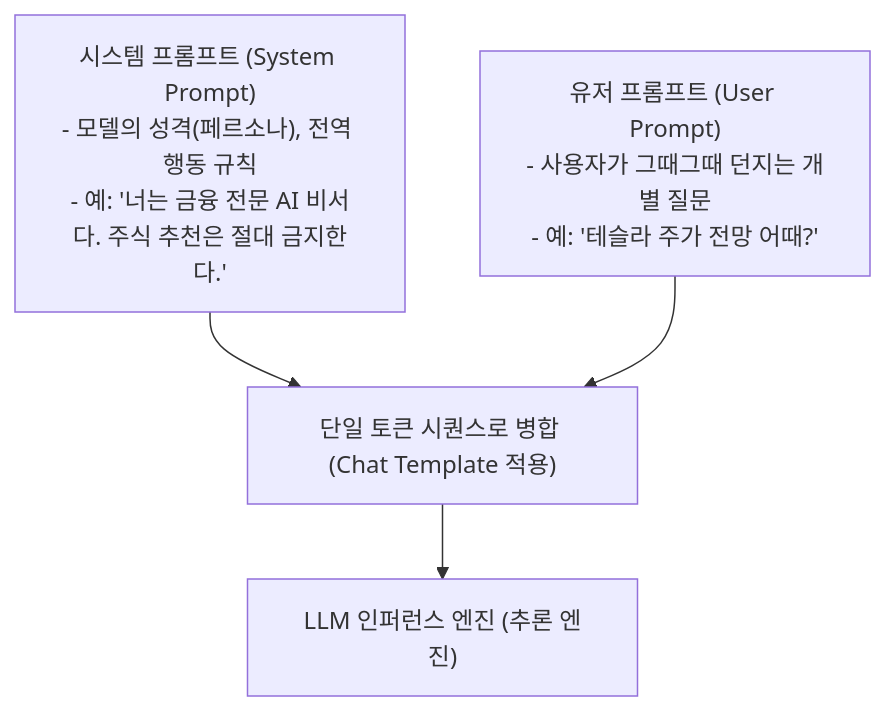
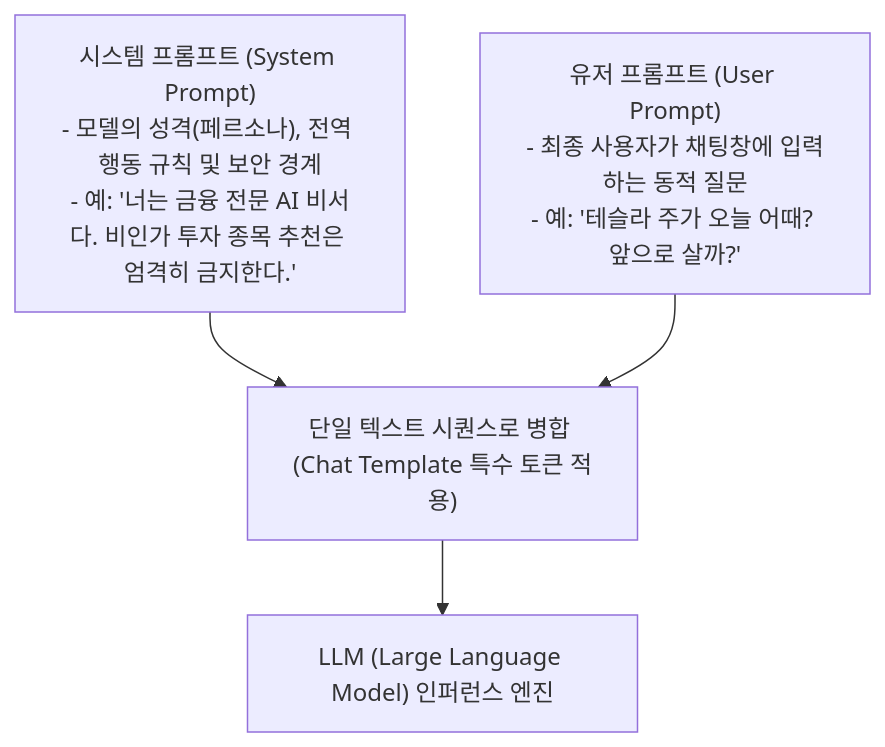
One commit to sing-u8/AI-Engineering changed the first of 2 diagrams in chapter-qa/ch05-prompt-engineering-qa/01-introduction-to-prompting-and-context.md. Above: the diagram before and after it, drawn with Mermaid. The commit also changed other lines of this file and 25 other files, not shown here.

````diff
--- a/chapter-qa/ch05-prompt-engineering-qa/01-introduction-to-prompting-and-context.md
+++ b/chapter-qa/ch05-prompt-engineering-qa/01-introduction-to-prompting-and-context.md
@@ -69,8 +86,8 @@
 ```mermaid
 flowchart TD
-    Sys["시스템 프롬프트 (System Prompt)\n- 모델의 성격(페르소나), 전역 행동 규칙\n- 예: '너는 금융 전문 AI 비서다. 주식 추천은 절대 금지한다.'"] 
-    User["유저 프롬프트 (User Prompt)\n- 사용자가 그때그때 던지는 개별 질문\n- 예: '테슬라 주가 전망 어때?'"]
+    Sys["시스템 프롬프트 (System Prompt)\n- 모델의 성격(페르소나), 전역 행동 규칙 및 보안 경계\n- 예: '너는 금융 전문 AI 비서다. 비인가 투자 종목 추천은 엄격히 금지한다.'"] 
+    User["유저 프롬프트 (User Prompt)\n- 최종 사용자가 채팅창에 입력하는 동적 질문\n- 예: '테슬라 주가 오늘 어때? 앞으로 살까?'"]
     
-    Sys & User --> Concat["단일 토큰 시퀀스로 병합 (Chat Template 적용)"]
-    Concat --> LLM["LLM 인퍼런스 엔진 (추론 엔진)"]
+    Sys & User --> Concat["단일 텍스트 시퀀스로 병합 (Chat Template 특수 토큰 적용)"]
+    Concat --> LLM["LLM (Large Language Model) 인퍼런스 엔진"]
 ```
````
